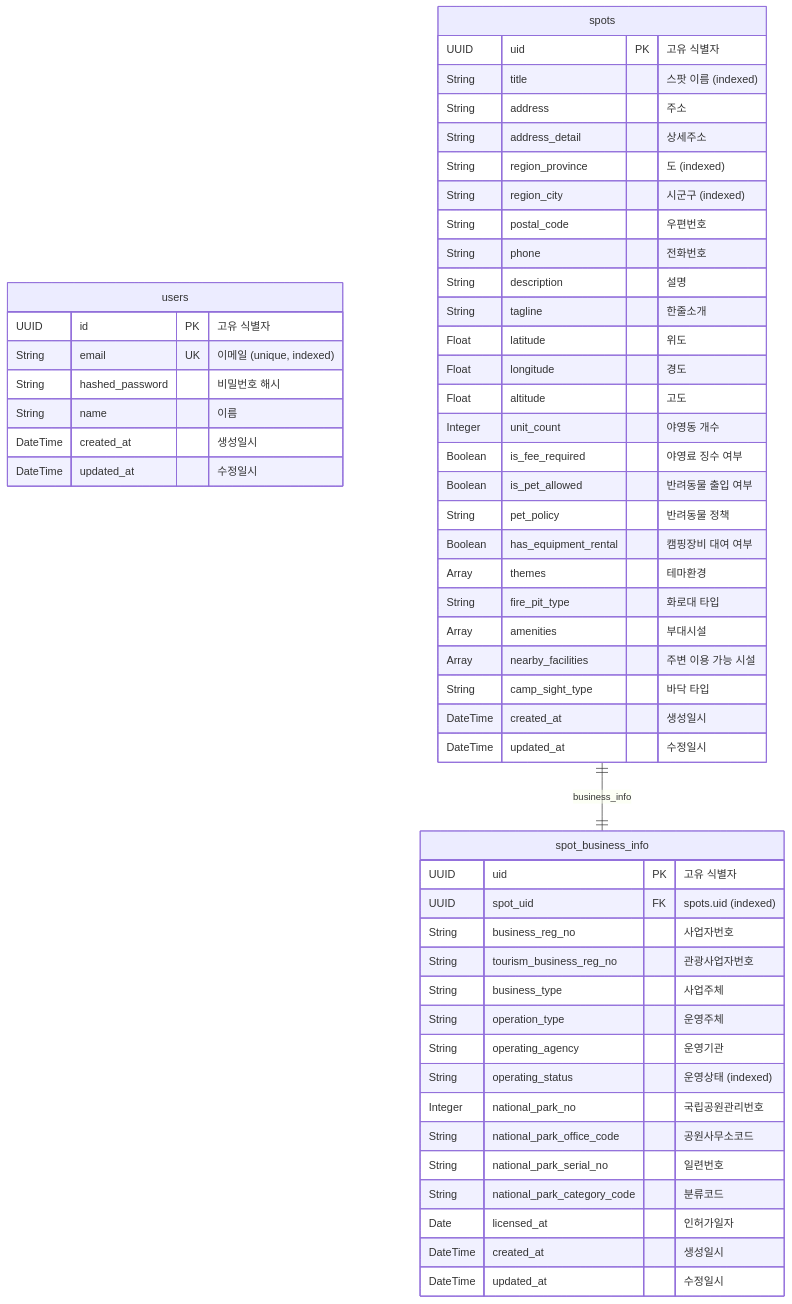
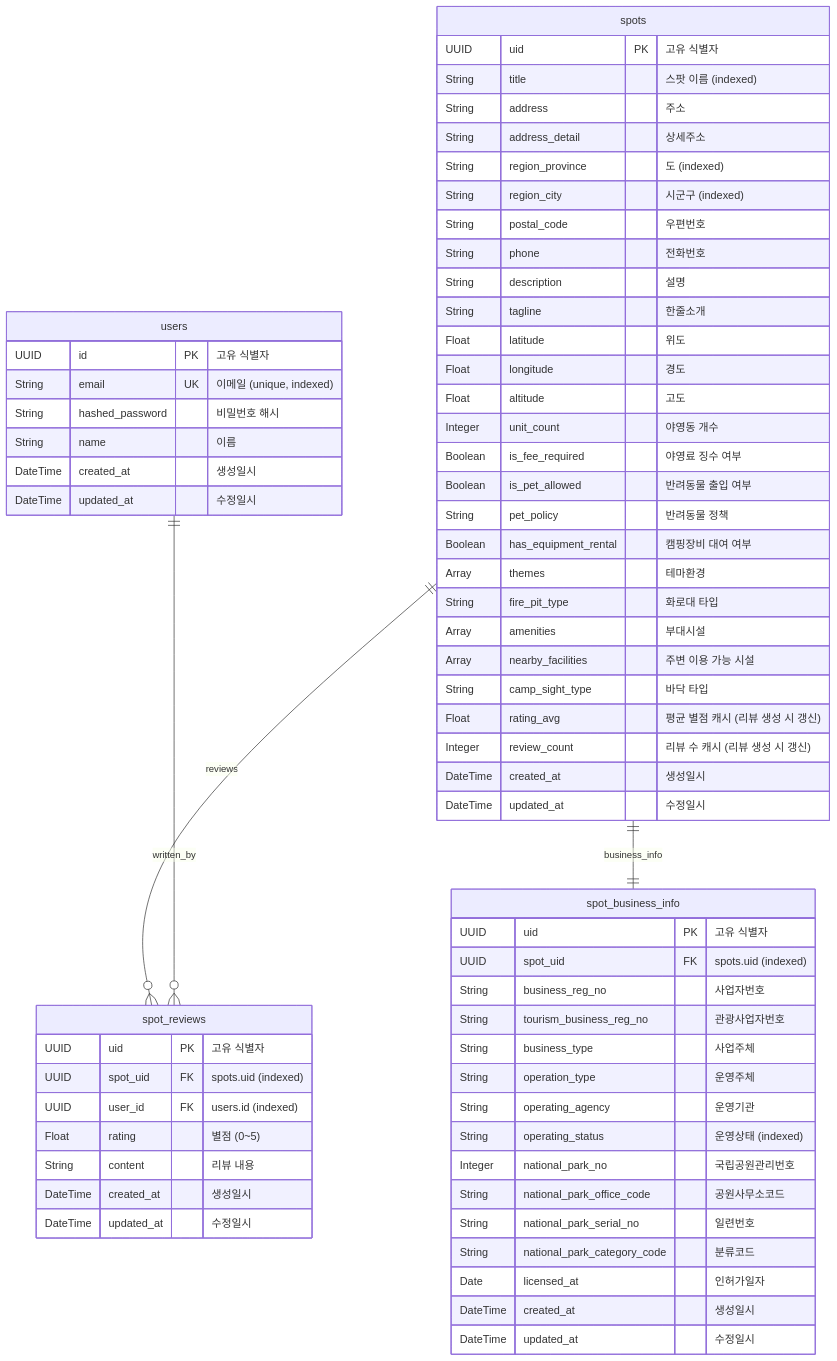
The diagram in docs/erd.md (ask4git/backpackers-api), drawn with Mermaid before and after one commit. The commit also changed other lines of this file and 8 other files, not shown here.

First line of the commit message:
feat: add spot review and rating system

````diff
--- a/docs/erd.md
+++ b/docs/erd.md
@@ -5,59 +5,73 @@
 ```mermaid
 erDiagram
     users {
         UUID     id               PK "고유 식별자"
         String   email            UK "이메일 (unique, indexed)"
         String   hashed_password     "비밀번호 해시"
         String   name                "이름"
         DateTime created_at          "생성일시"
         DateTime updated_at          "수정일시"
     }
 
     spots {
         UUID     uid              PK "고유 식별자"
         String   title               "스팟 이름 (indexed)"
         String   address             "주소"
         String   address_detail      "상세주소"
         String   region_province     "도 (indexed)"
         String   region_city         "시군구 (indexed)"
         String   postal_code         "우편번호"
         String   phone               "전화번호"
         String   description         "설명"
         String   tagline             "한줄소개"
         Float    latitude            "위도"
         Float    longitude           "경도"
         Float    altitude            "고도"
         Integer  unit_count          "야영동 개수"
         Boolean  is_fee_required     "야영료 징수 여부"
         Boolean  is_pet_allowed      "반려동물 출입 여부"
         String   pet_policy          "반려동물 정책"
         Boolean  has_equipment_rental "캠핑장비 대여 여부"
         Array    themes              "테마환경"
         String   fire_pit_type       "화로대 타입"
         Array    amenities           "부대시설"
         Array    nearby_facilities   "주변 이용 가능 시설"
         String   camp_sight_type     "바닥 타입"
-        DateTime created_at          "생성일시"
-        DateTime updated_at          "수정일시"
+        Float    rating_avg           "평균 별점 캐시 (리뷰 생성 시 갱신)"
+        Integer  review_count         "리뷰 수 캐시 (리뷰 생성 시 갱신)"
+        DateTime created_at           "생성일시"
+        DateTime updated_at           "수정일시"
     }
 
     spot_business_info {
         UUID     uid                        PK "고유 식별자"
         UUID     spot_uid                   FK "spots.uid (indexed)"
         String   business_reg_no               "사업자번호"
         String   tourism_business_reg_no       "관광사업자번호"
         String   business_type                 "사업주체"
         String   operation_type                "운영주체"
         String   operating_agency              "운영기관"
         String   operating_status              "운영상태 (indexed)"
         Integer  national_park_no              "국립공원관리번호"
         String   national_park_office_code     "공원사무소코드"
         String   national_park_serial_no       "일련번호"
         String   national_park_category_code   "분류코드"
         Date     licensed_at                   "인허가일자"
         DateTime created_at                    "생성일시"
         DateTime updated_at                    "수정일시"
     }
 
+    spot_reviews {
+        UUID     uid         PK "고유 식별자"
+        UUID     spot_uid    FK "spots.uid (indexed)"
+        UUID     user_id     FK "users.id (indexed)"
+        Float    rating          "별점 (0~5)"
+        String   content         "리뷰 내용"
+        DateTime created_at      "생성일시"
+        DateTime updated_at      "수정일시"
+    }
+
     spots ||--|| spot_business_info : "business_info"
+    spots ||--o{ spot_reviews : "reviews"
+    users ||--o{ spot_reviews : "written_by"
 ```
````
